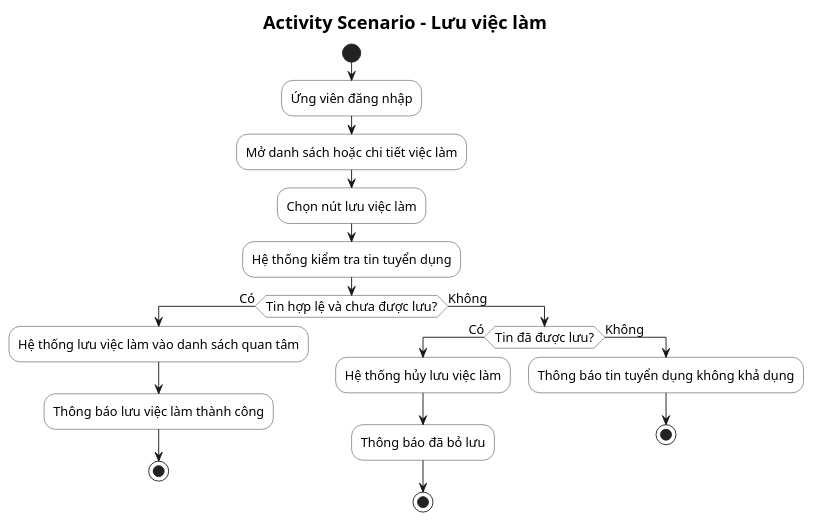
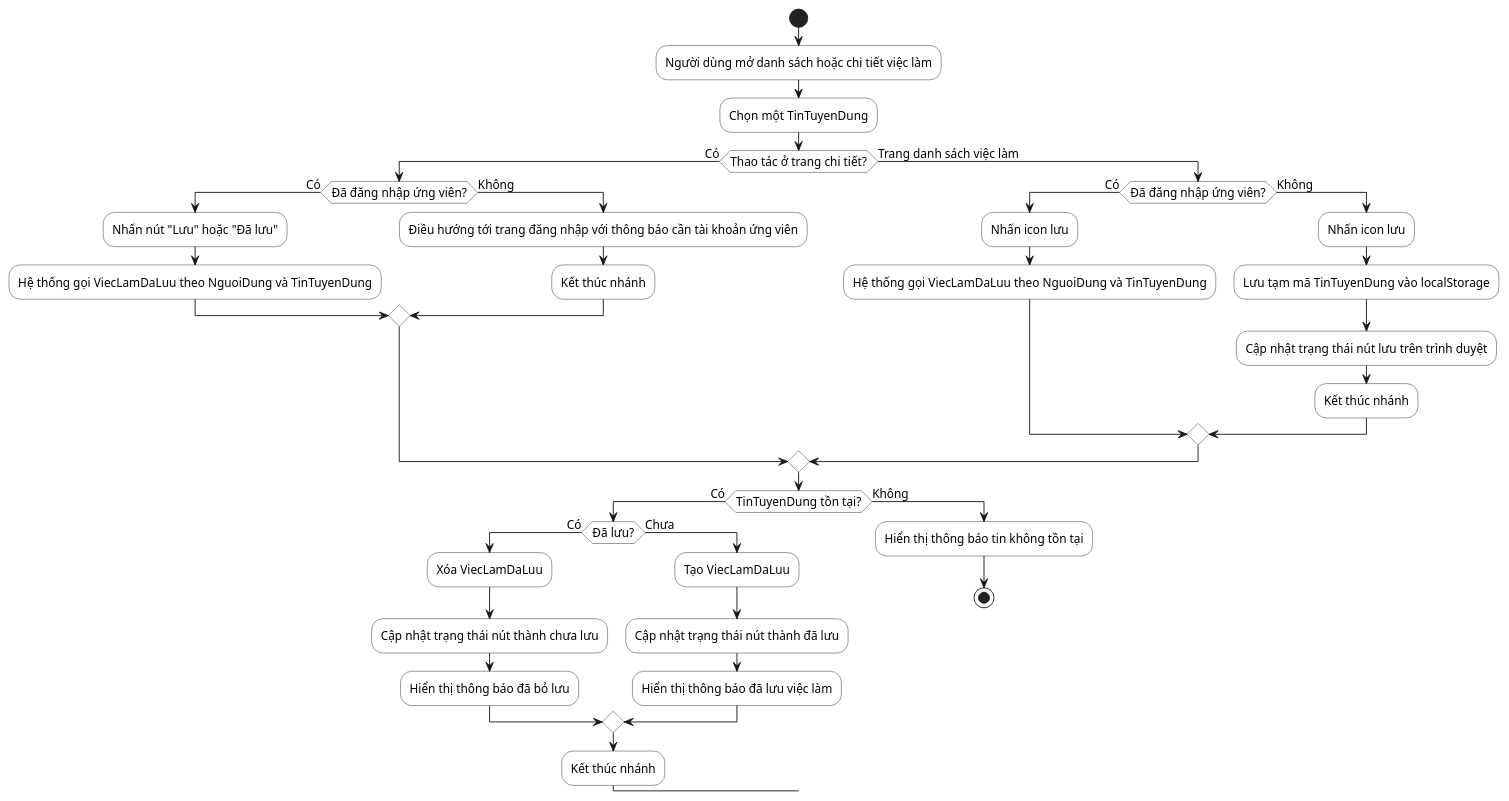
The diagram in docs/so-do/02-activity/09-activity-luu-viec-lam.puml (hole-six/DoAn), drawn with PlantUML before and after one commit. The commit also changed 84 other files, not shown here.

```diff
--- a/docs/so-do/02-activity/09-activity-luu-viec-lam.puml
+++ b/docs/so-do/02-activity/09-activity-luu-viec-lam.puml
@@ -1,36 +1,50 @@
 @startuml
 skinparam defaultFontName "Segoe UI"
-skinparam titleFontName "Segoe UI"
-skinparam defaultFontSize 14
-skinparam titleFontSize 20
+skinparam defaultFontSize 13
 skinparam shadowing false
 skinparam linetype ortho
 skinparam activity {
   BackgroundColor White
   BorderColor #222222
   DiamondBackgroundColor White
   DiamondBorderColor #222222
   BarColor #111111
 }
-title Activity Scenario - Lưu việc làm
-
 start
-:Ứng viên đăng nhập;
-:Mở danh sách hoặc chi tiết việc làm;
-:Chọn nút lưu việc làm;
-:Hệ thống kiểm tra tin tuyển dụng;
-if (Tin hợp lệ và chưa được lưu?) then (Có)
-  :Hệ thống lưu việc làm vào danh sách quan tâm;
-  :Thông báo lưu việc làm thành công;
-  stop
-else (Không)
-  if (Tin đã được lưu?) then (Có)
-    :Hệ thống hủy lưu việc làm;
-    :Thông báo đã bỏ lưu;
-    stop
+:Người dùng mở danh sách hoặc chi tiết việc làm;
+:Chọn một TinTuyenDung;
+if (Thao tác ở trang chi tiết?) then (Có)
+  if (Đã đăng nhập ứng viên?) then (Có)
+    :Nhấn nút "Lưu" hoặc "Đã lưu";
+    :Hệ thống gọi ViecLamDaLuu theo NguoiDung và TinTuyenDung;
   else (Không)
-    :Thông báo tin tuyển dụng không khả dụng;
-    stop
+    :Điều hướng tới trang đăng nhập với thông báo cần tài khoản ứng viên;
+    :Kết thúc nhánh;
+  endif
+else (Trang danh sách việc làm)
+  if (Đã đăng nhập ứng viên?) then (Có)
+    :Nhấn icon lưu;
+    :Hệ thống gọi ViecLamDaLuu theo NguoiDung và TinTuyenDung;
+  else (Không)
+    :Nhấn icon lưu;
+    :Lưu tạm mã TinTuyenDung vào localStorage;
+    :Cập nhật trạng thái nút lưu trên trình duyệt;
+    :Kết thúc nhánh;
   endif
 endif
+if (TinTuyenDung tồn tại?) then (Có)
+  if (Đã lưu?) then (Có)
+    :Xóa ViecLamDaLuu;
+    :Cập nhật trạng thái nút thành chưa lưu;
+    :Hiển thị thông báo đã bỏ lưu;
+  else (Chưa)
+    :Tạo ViecLamDaLuu;
+    :Cập nhật trạng thái nút thành đã lưu;
+    :Hiển thị thông báo đã lưu việc làm;
+  endif
+  :Kết thúc nhánh;
+else (Không)
+  :Hiển thị thông báo tin không tồn tại;
+  stop
+endif
 @enduml
```
